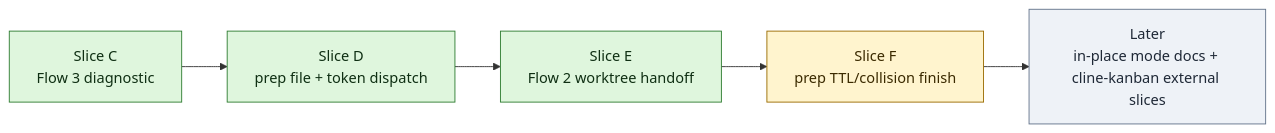
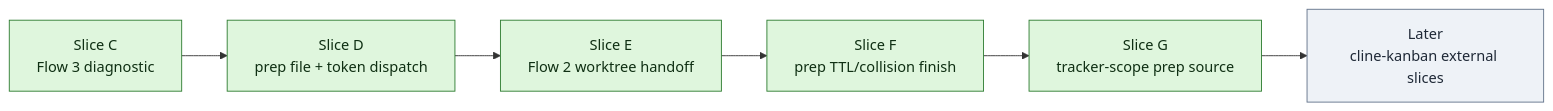
The diagram in docs/rvf-dispatch-flow-overhaul-phase-report.md (RealmX1/review-validate-fix), drawn with Mermaid before and after one commit. The commit also changed other lines of this file and 5 other files, not shown here.

Commit message:
feat(rvf): harden dispatch prep flow

````diff
--- a/docs/rvf-dispatch-flow-overhaul-phase-report.md
+++ b/docs/rvf-dispatch-flow-overhaul-phase-report.md
@@ -7,17 +7,19 @@
 ```mermaid
 flowchart LR
   A[Slice C<br/>Flow 3 diagnostic] --> B[Slice D<br/>prep file + token dispatch]
   B --> C[Slice E<br/>Flow 2 worktree handoff]
   C --> D[Slice F<br/>prep TTL/collision finish]
-  D --> E[Later<br/>in-place mode docs + cline-kanban external slices]
+  D --> E[Slice G<br/>tracker-scope prep source]
+  E --> H[Later<br/>cline-kanban external slices]
 
   A:::done
   B:::done
   C:::done
-  D:::next
-  E:::todo
+  D:::done
+  E:::done
+  H:::todo
 
   classDef done fill:#dff6dd,stroke:#2f7d32,color:#0f2f13;
   classDef next fill:#fff4ce,stroke:#9a6b00,color:#3b2a00;
   classDef todo fill:#eef2f7,stroke:#64748b,color:#1f2937;
 ```
````
